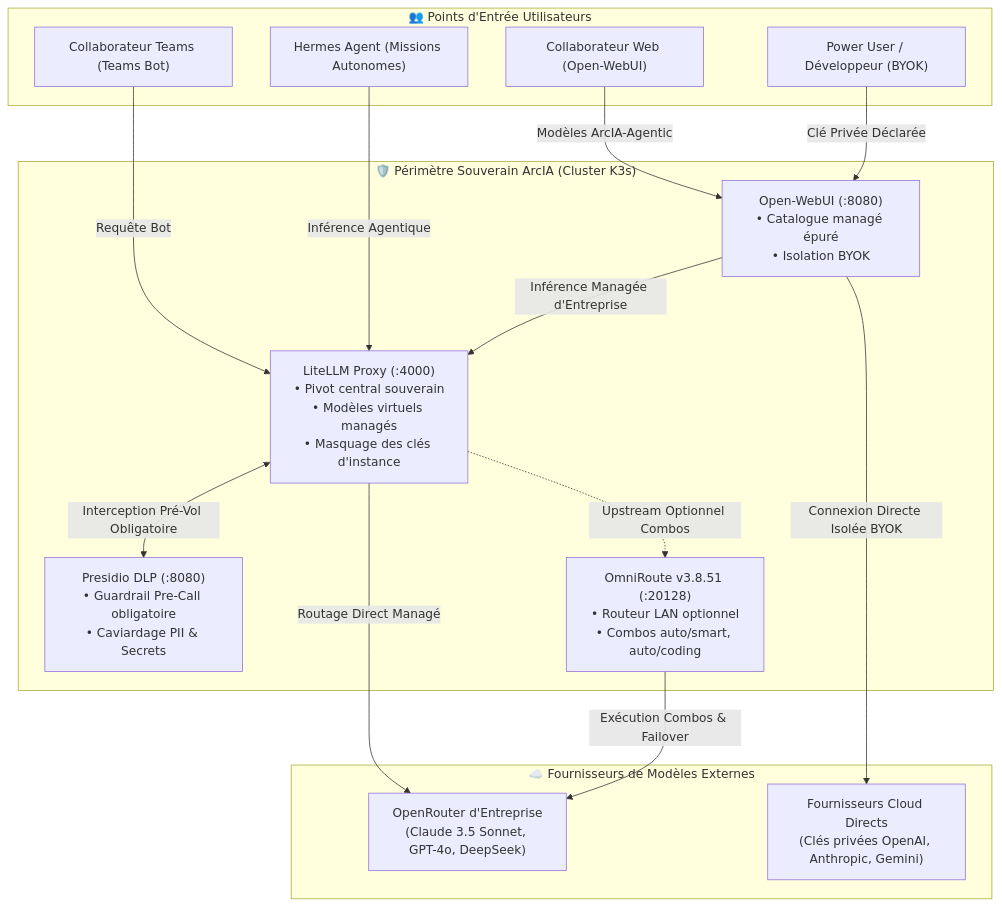
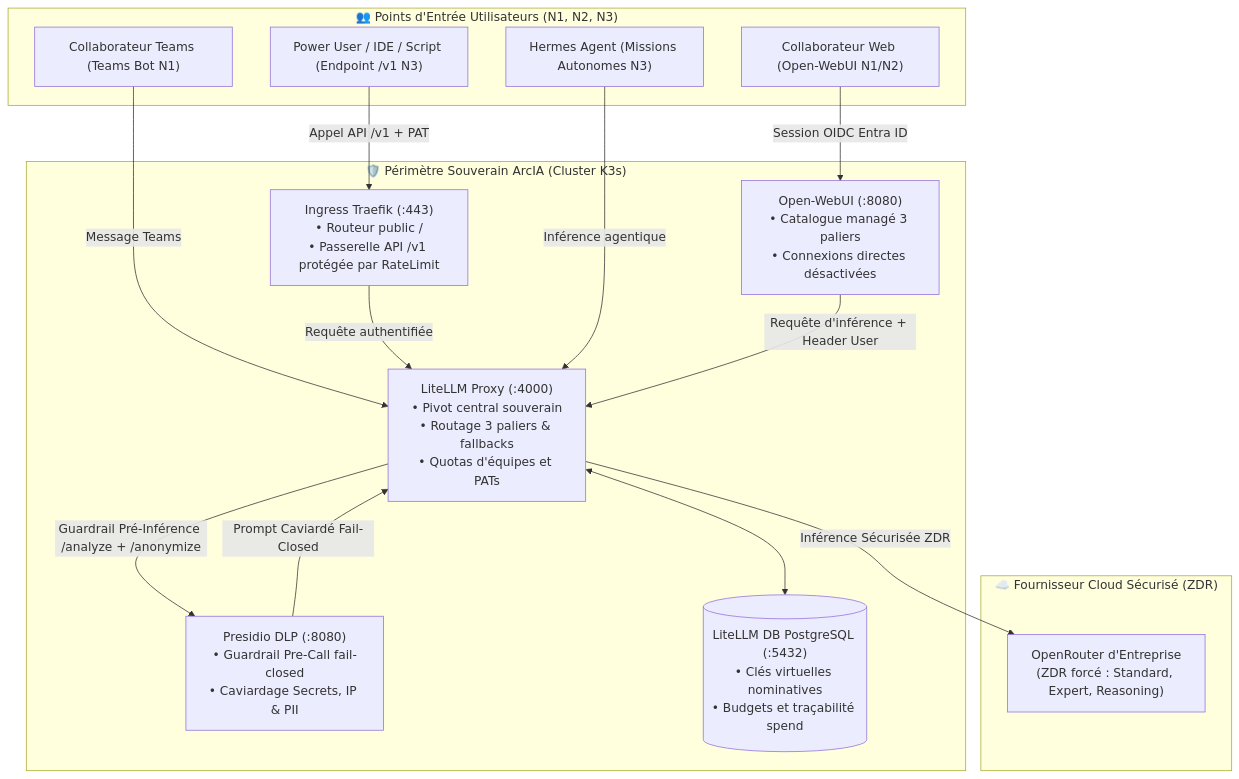
Before and after one commit to nicolastheuil/ArcIA: the first of 2 diagrams in docs/guides/chaine-de-routage.md, drawn with Mermaid. The commit also changed other lines of this file and 52 other files, not shown here.

````diff
--- a/docs/guides/chaine-de-routage.md
+++ b/docs/guides/chaine-de-routage.md
@@ -16,34 +17,34 @@
 ```mermaid
 flowchart TD
-    subgraph Clients ["👥 Points d'Entrée Utilisateurs"]
-        UserWeb["Collaborateur Web (Open-WebUI)"]
-        UserTeams["Collaborateur Teams (Teams Bot)"]
-        PowerUser["Power User / Développeur (BYOK)"]
-        HermesRunner["Hermes Agent (Missions Autonomes)"]
+    subgraph Clients ["👥 Points d'Entrée Utilisateurs (N1, N2, N3)"]
+        UserWeb["Collaborateur Web (Open-WebUI N1/N2)"]
+        UserTeams["Collaborateur Teams (Teams Bot N1)"]
+        PowerUser["Power User / IDE / Script (Endpoint /v1 N3)"]
+        HermesRunner["Hermes Agent (Missions Autonomes N3)"]
     end
 
     subgraph SecurityGate ["🛡️ Périmètre Souverain ArcIA (Cluster K3s)"]
-        WebUIGate["Open-WebUI (:8080)<br/>• Catalogue managé épuré<br/>• Isolation BYOK"]
-        LiteLLMGate["LiteLLM Proxy (:4000)<br/>• Pivot central souverain<br/>• Modèles virtuels managés<br/>• Masquage des clés d'instance"]
-        PresidioGate["Presidio DLP (:8080)<br/>• Guardrail Pre-Call obligatoire<br/>• Caviardage PII & Secrets"]
-        OmniRouteGate["OmniRoute v3.8.51 (:20128)<br/>• Routeur LAN optionnel<br/>• Combos auto/smart, auto/coding"]
+        WebUIGate["Open-WebUI (:8080)<br/>• Catalogue managé 3 paliers<br/>• Connexions directes désactivées"]
+        IngressGate["Ingress Traefik (:443)<br/>• Routeur public /<br/>• Passerelle API /v1 protégée par RateLimit"]
+        LiteLLMGate["LiteLLM Proxy (:4000)<br/>• Pivot central souverain<br/>• Routage 3 paliers & fallbacks<br/>• Quotas d'équipes et PATs"]
+        PresidioGate["Presidio DLP (:8080)<br/>• Guardrail Pre-Call fail-closed<br/>• Caviardage Secrets, IP & PII"]
+        LiteLLMDB[("LiteLLM DB PostgreSQL (:5432)<br/>• Clés virtuelles nominatives<br/>• Budgets et traçabilité spend")]
     end
 
-    subgraph CloudInference ["☁️ Fournisseurs de Modèles Externes"]
-        OpenRouterHub["OpenRouter d'Entreprise<br/>(Claude 3.5 Sonnet, GPT-4o, DeepSeek)"]
-        PersonalKeys["Fournisseurs Cloud Directs<br/>(Clés privées OpenAI, Anthropic, Gemini)"]
+    subgraph CloudInference ["☁️ Fournisseur Cloud Sécurisé (ZDR)"]
+        OpenRouterHub["OpenRouter d'Entreprise<br/>(ZDR forcé : Standard, Expert, Reasoning)"]
     end
 
-    UserWeb -->|Modèles ArcIA-Agentic| WebUIGate
-    UserTeams -->|Requête Bot| LiteLLMGate
-    PowerUser -->|Clé Privée Déclarée| WebUIGate
-    HermesRunner -->|Inférence Agentique| LiteLLMGate
+    UserWeb -->|Session OIDC Entra ID| WebUIGate
+    UserTeams -->|Message Teams| LiteLLMGate
+    PowerUser -->|Appel API /v1 + PAT| IngressGate
+    IngressGate -->|Requête authentifiée| LiteLLMGate
+    HermesRunner -->|Inférence agentique| LiteLLMGate
 
-    WebUIGate -->|Inférence Managée d'Entreprise| LiteLLMGate
-    WebUIGate -->|Connexion Directe Isolée BYOK| PersonalKeys
+    WebUIGate -->|Requête d'inférence + Header User| LiteLLMGate
+    LiteLLMGate <--> LiteLLMDB
 
-    LiteLLMGate <-->|Interception Pré-Vol Obligatoire| PresidioGate
-    LiteLLMGate -->|Routage Direct Managé| OpenRouterHub
-    LiteLLMGate -.->|Upstream Optionnel Combos| OmniRouteGate
-    OmniRouteGate -->|Exécution Combos & Failover| OpenRouterHub
+    LiteLLMGate -->|Guardrail Pré-Inférence /analyze + /anonymize| PresidioGate
+    PresidioGate -->|Prompt Caviardé Fail-Closed| LiteLLMGate
+    LiteLLMGate -->|Inférence Sécurisée ZDR| OpenRouterHub
 ```
````
